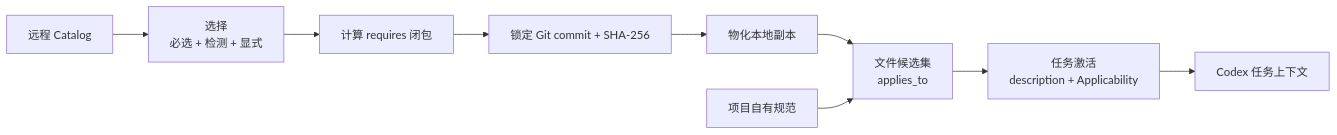
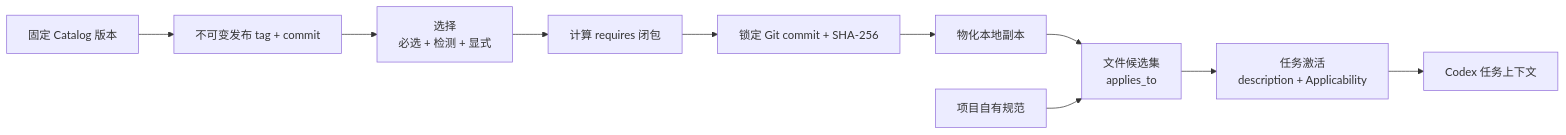
Before and after one commit to XiaoWeiKIN/EngineeringSpecifications: the second of 3 diagrams in docs/specification-model.zh-CN.md, drawn with Mermaid. The commit also changed other lines of this file and 10 other files, not shown here.

````diff
--- a/docs/specification-model.zh-CN.md
+++ b/docs/specification-model.zh-CN.md
@@ -91,11 +91,12 @@
 ```mermaid
 flowchart LR
-    Catalog["远程 Catalog"] --> Select["选择<br/>必选 + 检测 + 显式"]
+    Version["固定 Catalog 版本"] --> Catalog["不可变发布 tag + commit"]
+    Catalog --> Select["选择<br/>必选 + 检测 + 显式"]
     Select --> Closure["计算 requires 闭包"]
     Closure --> Lock["锁定 Git commit + SHA-256"]
     Lock --> Local["物化本地副本"]
     Local --> Scope["文件候选集<br/>applies_to"]
     Project["项目自有规范"] --> Scope
     Scope --> Activate["任务激活<br/>description + Applicability"]
     Activate --> Codex["Codex 任务上下文"]
 ```
````
